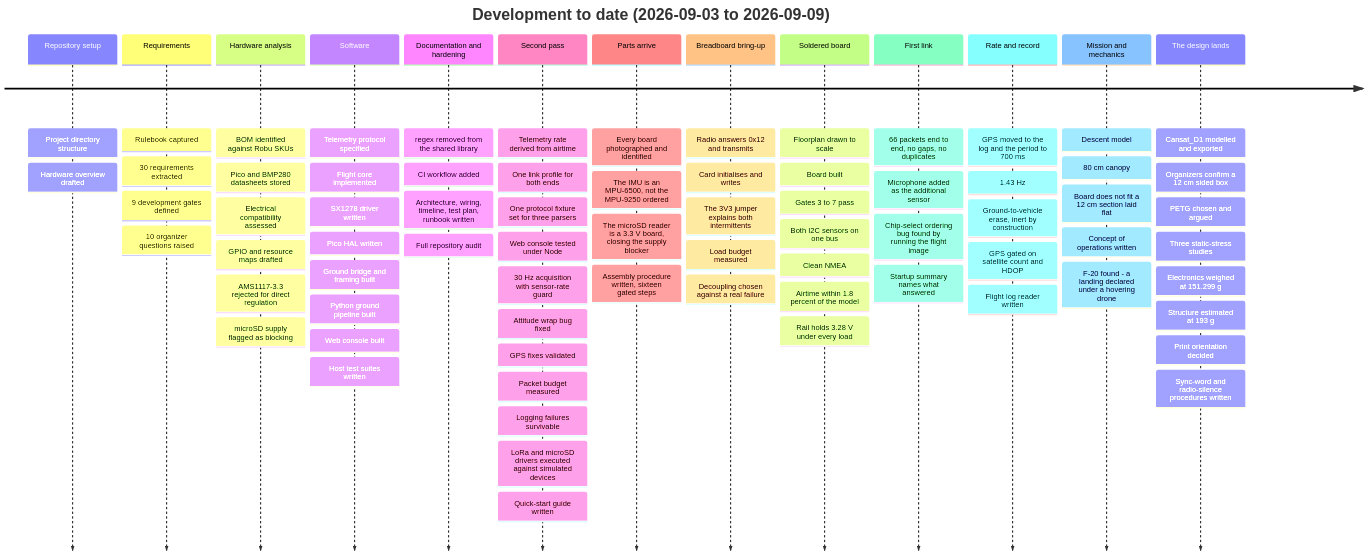
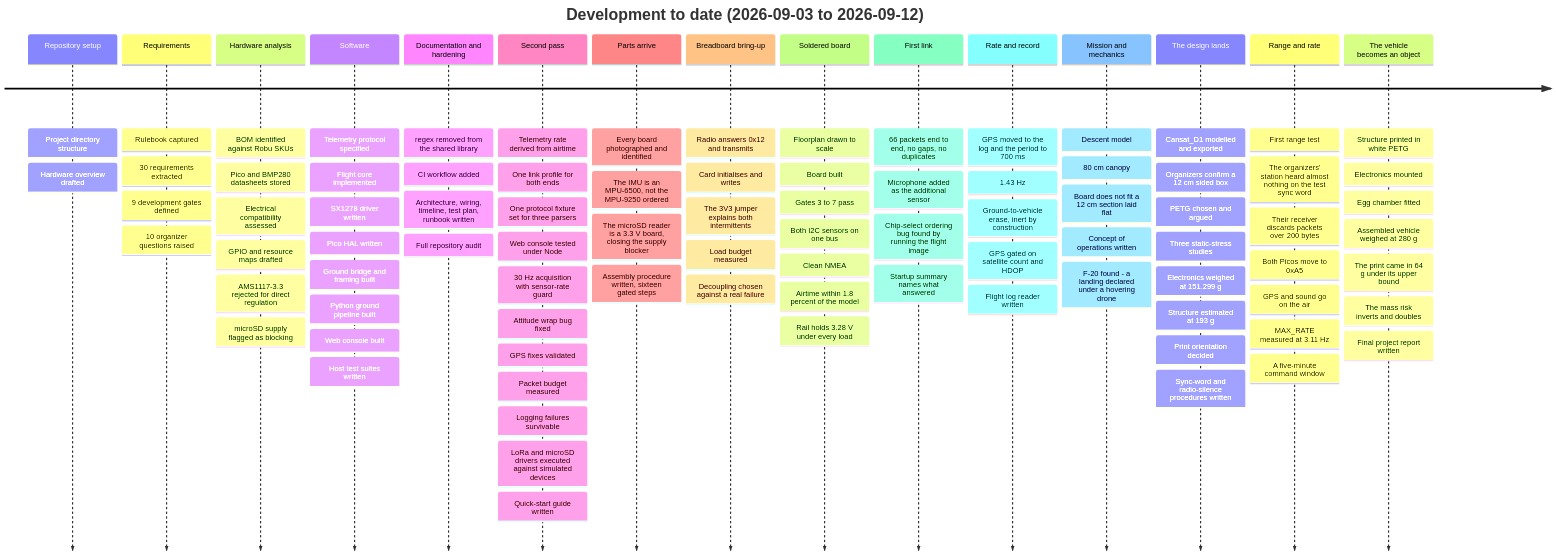
One commit to KunjSorathiya/CanSat-2026 changed the first of 4 diagrams in documentation/project/timeline.md. Above: the diagram before and after it, drawn with Mermaid. The commit also changed other lines of this file and 27 other files, not shown here.

````diff
--- a/documentation/project/timeline.md
+++ b/documentation/project/timeline.md
@@ -56,17 +59,19 @@
 ```mermaid
 timeline
-    title Development to date (2026-09-03 to 2026-09-09)
+    title Development to date (2026-09-03 to 2026-09-12)
     Repository setup : Project directory structure : Hardware overview drafted
     Requirements : Rulebook captured : 30 requirements extracted : 9 development gates defined : 10 organizer questions raised
     Hardware analysis : BOM identified against Robu SKUs : Pico and BMP280 datasheets stored : Electrical compatibility assessed : GPIO and resource maps drafted : AMS1117-3.3 rejected for direct regulation : microSD supply flagged as blocking
     Software : Telemetry protocol specified : Flight core implemented : SX1278 driver written : Pico HAL written : Ground bridge and framing built : Python ground pipeline built : Web console built : Host test suites written
     Documentation and hardening : regex removed from the shared library : CI workflow added : Architecture, wiring, timeline, test plan, runbook written : Full repository audit
     Second pass : Telemetry rate derived from airtime : One link profile for both ends : One protocol fixture set for three parsers : Web console tested under Node : 30 Hz acquisition with sensor-rate guard : Attitude wrap bug fixed : GPS fixes validated : Packet budget measured : Logging failures survivable : LoRa and microSD drivers executed against simulated devices : Quick-start guide written
     Parts arrive : Every board photographed and identified : The IMU is an MPU-6500, not the MPU-9250 ordered : The microSD reader is a 3.3 V board, closing the supply blocker : Assembly procedure written, sixteen gated steps
     Breadboard bring-up : Radio answers 0x12 and transmits : Card initialises and writes : The 3V3 jumper explains both intermittents : Load budget measured : Decoupling chosen against a real failure
     Soldered board : Floorplan drawn to scale : Board built : Gates 3 to 7 pass : Both I2C sensors on one bus : Clean NMEA : Airtime within 1.8 percent of the model : Rail holds 3.28 V under every load
     First link : 66 packets end to end, no gaps, no duplicates : Microphone added as the additional sensor : Chip-select ordering bug found by running the flight image : Startup summary names what answered
     Rate and record : GPS moved to the log and the period to 700 ms : 1.43 Hz : Ground-to-vehicle erase, inert by construction : GPS gated on satellite count and HDOP : Flight log reader written
     Mission and mechanics : Descent model : 80 cm canopy : Board does not fit a 12 cm section laid flat : Concept of operations written : F-20 found - a landing declared under a hovering drone
     The design lands : Cansat_D1 modelled and exported : Organizers confirm a 12 cm sided box : PETG chosen and argued : Three static-stress studies : Electronics weighed at 151.299 g : Structure estimated at 193 g : Print orientation decided : Sync-word and radio-silence procedures written
+    Range and rate : First range test : The organizers' station heard almost nothing on the test sync word : Their receiver discards packets over 200 bytes : Both Picos move to 0xA5 : GPS and sound go on the air : MAX_RATE measured at 3.11 Hz : A five-minute command window
+    The vehicle becomes an object : Structure printed in white PETG : Electronics mounted : Egg chamber fitted : Assembled vehicle weighed at 280 g : The print came in 64 g under its upper bound : The mass risk inverts and doubles : Final project report written
 ```
````
